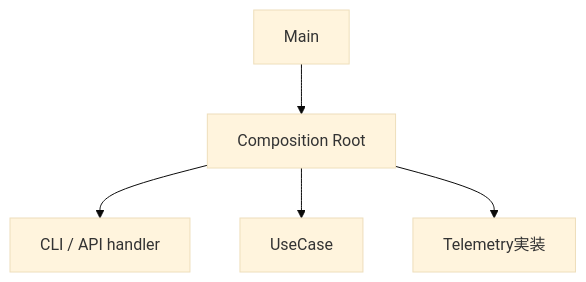
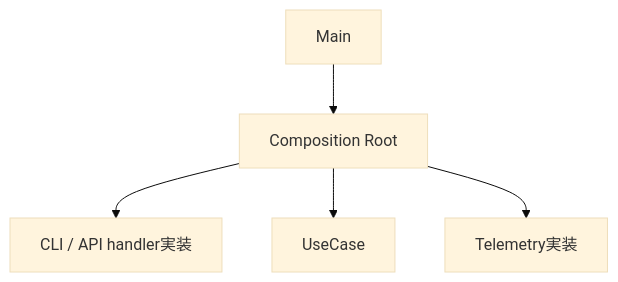
Before and after one commit to takashit16833/Workbench: the third of 3 diagrams in Notes/RAGScope/RAGScopeアプリケーション/RS-0023 Observability設計メモ.md, drawn with Mermaid (base theme). The commit also changed other lines of this file and 1 other file, not shown here.

Commit message:
notes: clarify handler responsibility

````diff
--- a/Notes/RAGScope/RAGScopeアプリケーション/RS-0023 Observability設計メモ.md
+++ b/Notes/RAGScope/RAGScopeアプリケーション/RS-0023 Observability設計メモ.md
@@ -136,7 +160,7 @@
 ```mermaid
 flowchart TB
     MAIN["Main"] --> CR["Composition Root"]
-    CR --> HDEF["CLI / API handler"]
+    CR --> HDEF["CLI / API handler実装"]
     CR --> UCDEF["UseCase"]
     CR --> TEL["Telemetry実装"]
 ```
````
